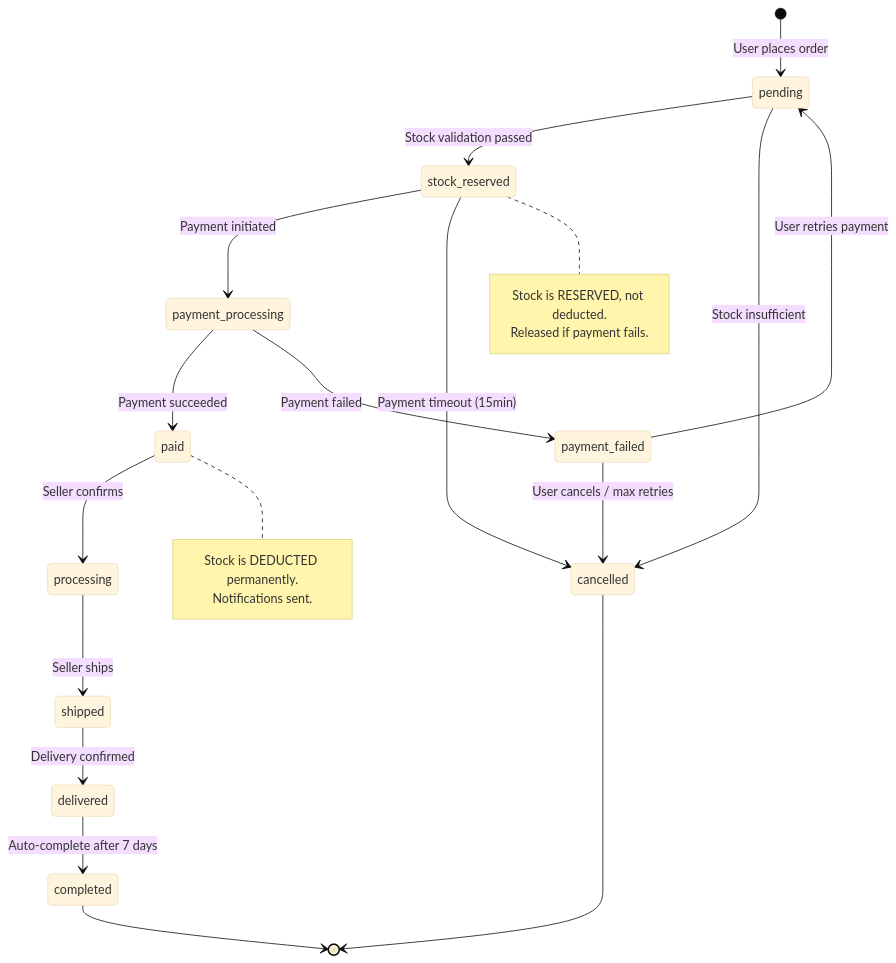
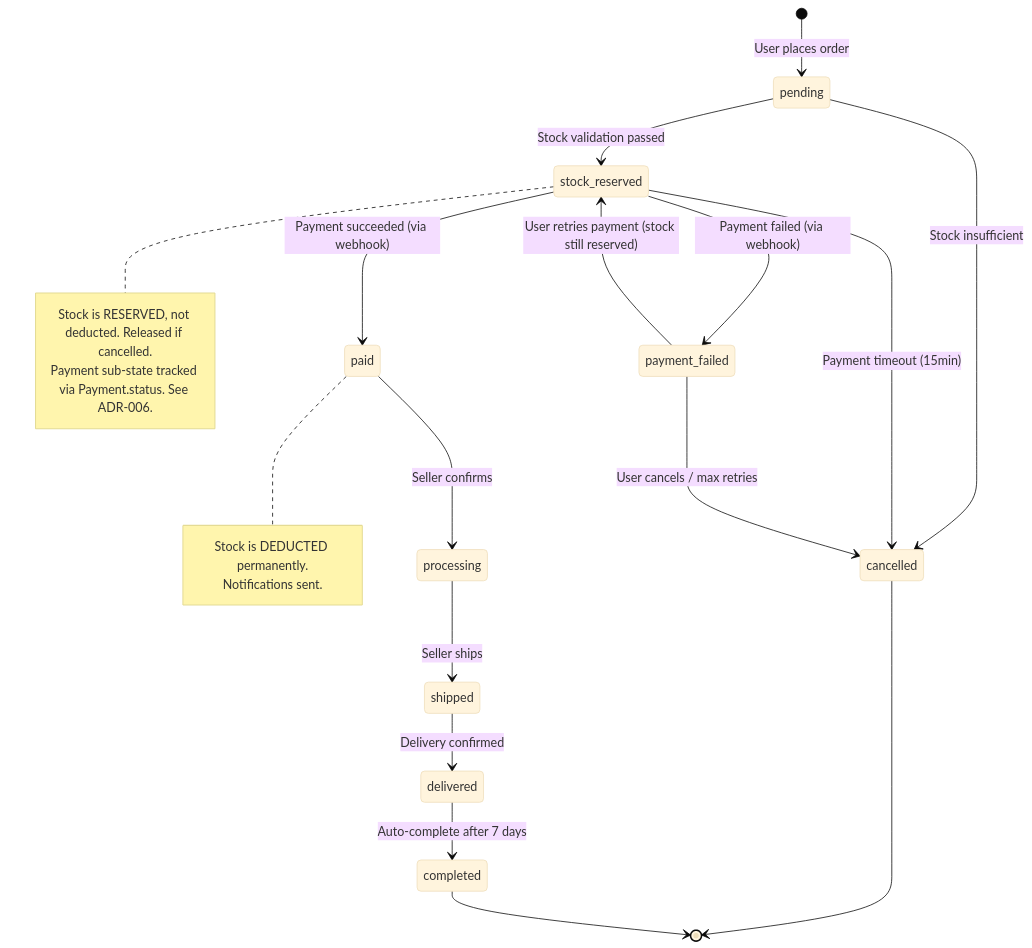
One commit to dqez/ordex changed the first of 4 diagrams in docs/event-flows.md. Above: the diagram before and after it, drawn with Mermaid (base theme). The commit also changed other lines of this file and 1 other file, not shown here.

Commit message:
docs: add ADR for OrderStatus and update event-flows

````diff
--- a/docs/event-flows.md
+++ b/docs/event-flows.md
@@ -7,34 +7,32 @@
 ```mermaid
 stateDiagram-v2
     [*] --> pending: User places order
 
     pending --> stock_reserved: Stock validation passed
     pending --> cancelled: Stock insufficient
 
-    stock_reserved --> payment_processing: Payment initiated
+    stock_reserved --> paid: Payment succeeded (via webhook)
+    stock_reserved --> payment_failed: Payment failed (via webhook)
     stock_reserved --> cancelled: Payment timeout (15min)
 
-    payment_processing --> paid: Payment succeeded
-    payment_processing --> payment_failed: Payment failed
-
     paid --> processing: Seller confirms
-    payment_failed --> pending: User retries payment
+    payment_failed --> stock_reserved: User retries payment (stock still reserved)
     payment_failed --> cancelled: User cancels / max retries
 
     processing --> shipped: Seller ships
     shipped --> delivered: Delivery confirmed
     delivered --> completed: Auto-complete after 7 days
 
     cancelled --> [*]
     completed --> [*]
 
     note right of stock_reserved
-        Stock is RESERVED, not deducted.
-        Released if payment fails.
+        Stock is RESERVED, not deducted. Released if cancelled.
+        Payment sub-state tracked via Payment.status. See ADR-006.
     end note
 
     note right of paid
         Stock is DEDUCTED permanently.
         Notifications sent.
     end note
 ```
````
